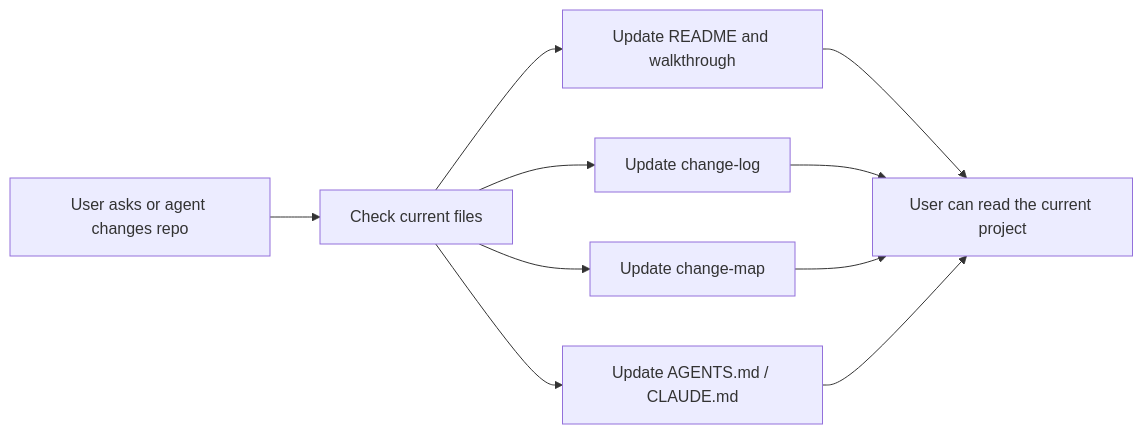
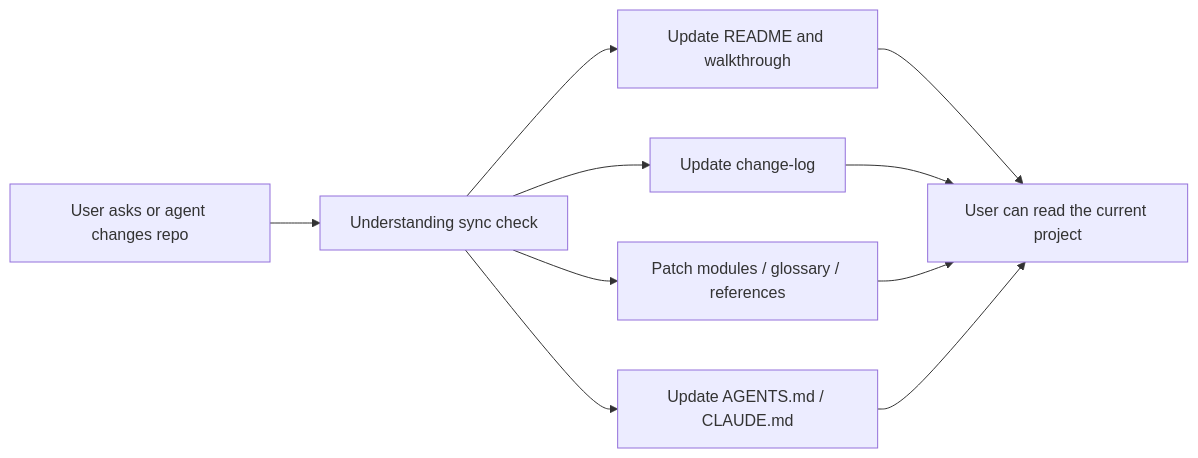
Before and after one commit to YurunChen/repo-docs-skills: the diagram in README.md, drawn with Mermaid. The commit also changed other lines of this file and 3 other files, not shown here.

````diff
--- a/README.md
+++ b/README.md
@@ -71,12 +71,12 @@
 ```mermaid
 flowchart LR
-  A["User asks or agent changes repo"] --> B["Check current files"]
+  A["User asks or agent changes repo"] --> B["Understanding sync check"]
   B --> C["Update README and walkthrough"]
   B --> D["Update change-log"]
-  B --> E["Update change-map"]
+  B --> E["Patch modules / glossary / references"]
   B --> F["Update AGENTS.md / CLAUDE.md"]
   C --> G["User can read the current project"]
   D --> G
   E --> G
   F --> G
 ```
````
